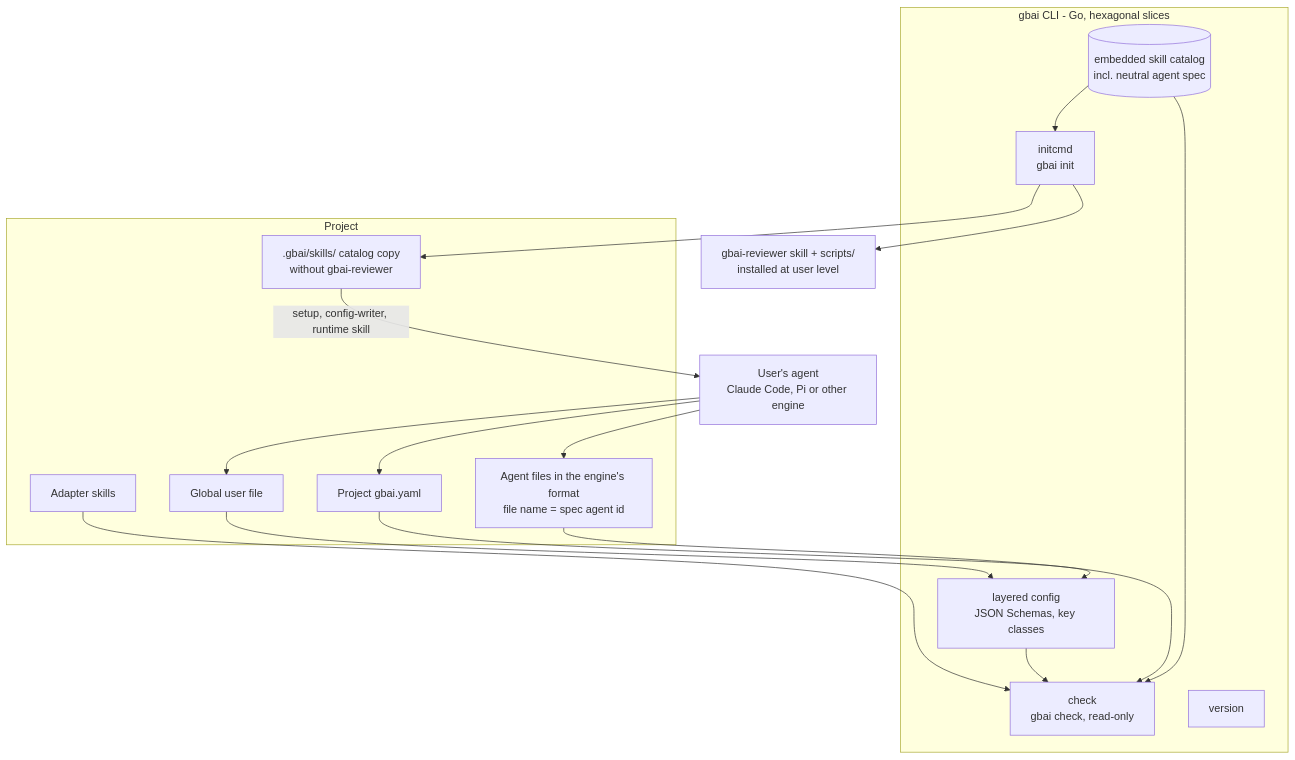
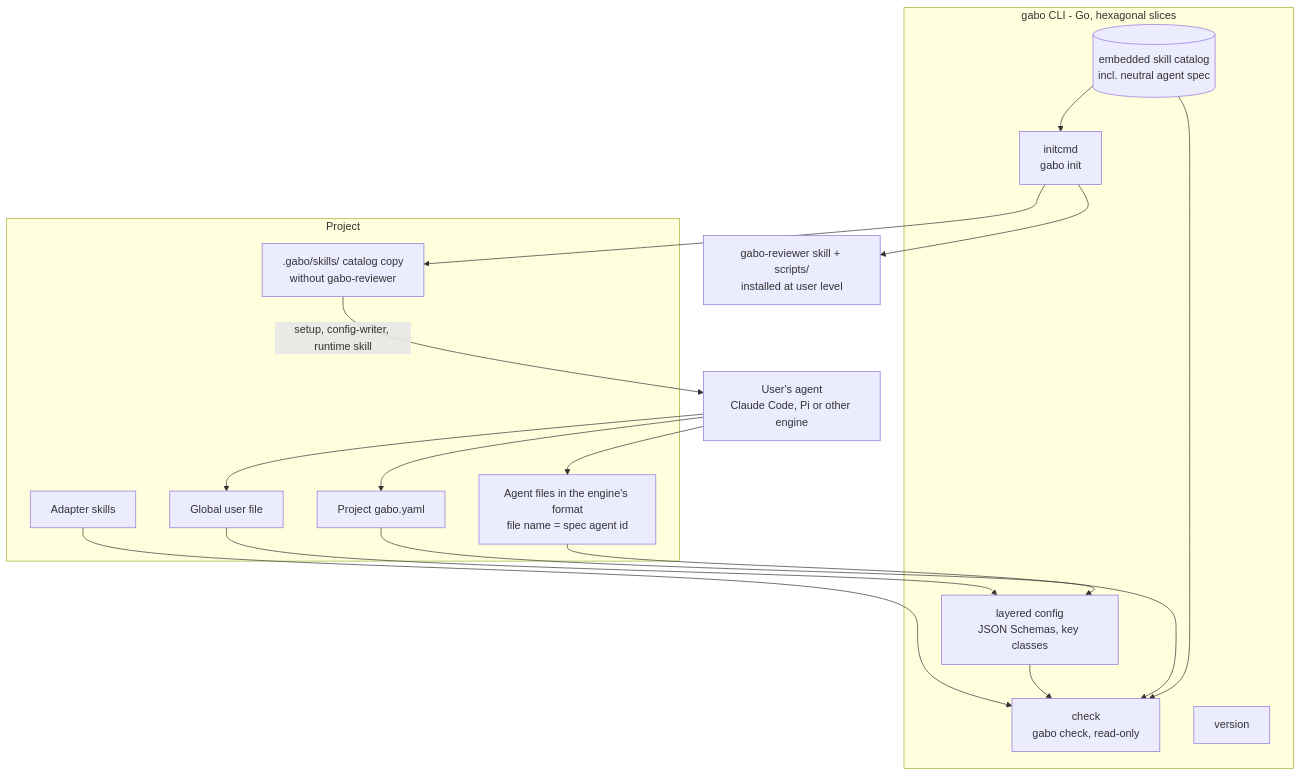
One commit to testeos-z/gabo-ai changed the second of 5 diagrams in docs/product/TRD.md. Above: the diagram before and after it, drawn with Mermaid. The commit also changed other lines of this file and 14 other files, not shown here.

````diff
--- a/docs/product/TRD.md
+++ b/docs/product/TRD.md
@@ -119,33 +119,33 @@
 ```mermaid
 flowchart TB
-  subgraph cli[gbai CLI - Go, hexagonal slices]
+  subgraph cli[gabo CLI - Go, hexagonal slices]
     config[layered config<br/>JSON Schemas, key classes]
-    initcmd[initcmd<br/>gbai init]
-    check[check<br/>gbai check, read-only]
+    initcmd[initcmd<br/>gabo init]
+    check[check<br/>gabo check, read-only]
     version[version]
     catalog[(embedded skill catalog<br/>incl. neutral agent spec)]
   end
-  scripts[gbai-reviewer skill + scripts/<br/>installed at user level]
+  scripts[gabo-reviewer skill + scripts/<br/>installed at user level]
   subgraph proj[Project]
-    copy[.gbai/skills/ catalog copy<br/>without gbai-reviewer]
+    copy[.gabo/skills/ catalog copy<br/>without gabo-reviewer]
     adapters[Adapter skills]
     global[Global user file]
-    project[Project gbai.yaml]
+    project[Project gabo.yaml]
     agents[Agent files in the engine's format<br/>file name = spec agent id]
   end
   ragent[User's agent<br/>Claude Code, Pi or other engine]
 
   catalog --> initcmd
   initcmd --> copy
   initcmd --> scripts
   copy -->|setup, config-writer, runtime skill| ragent
   ragent --> global
   ragent --> project
   ragent --> agents
   config --> check
   catalog --> check
   global --> config
   project --> config
   agents --> check
   adapters --> check
 ```
````
